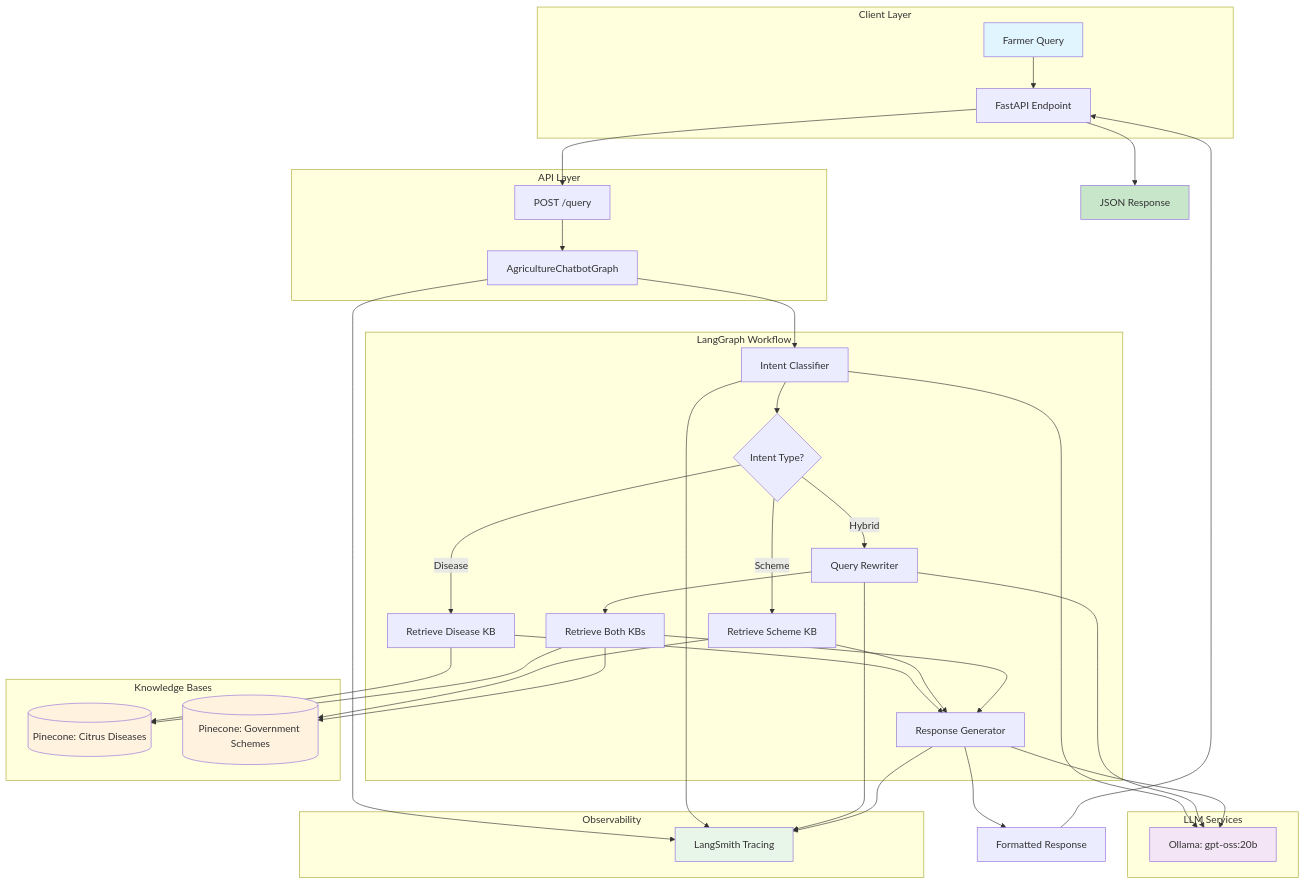
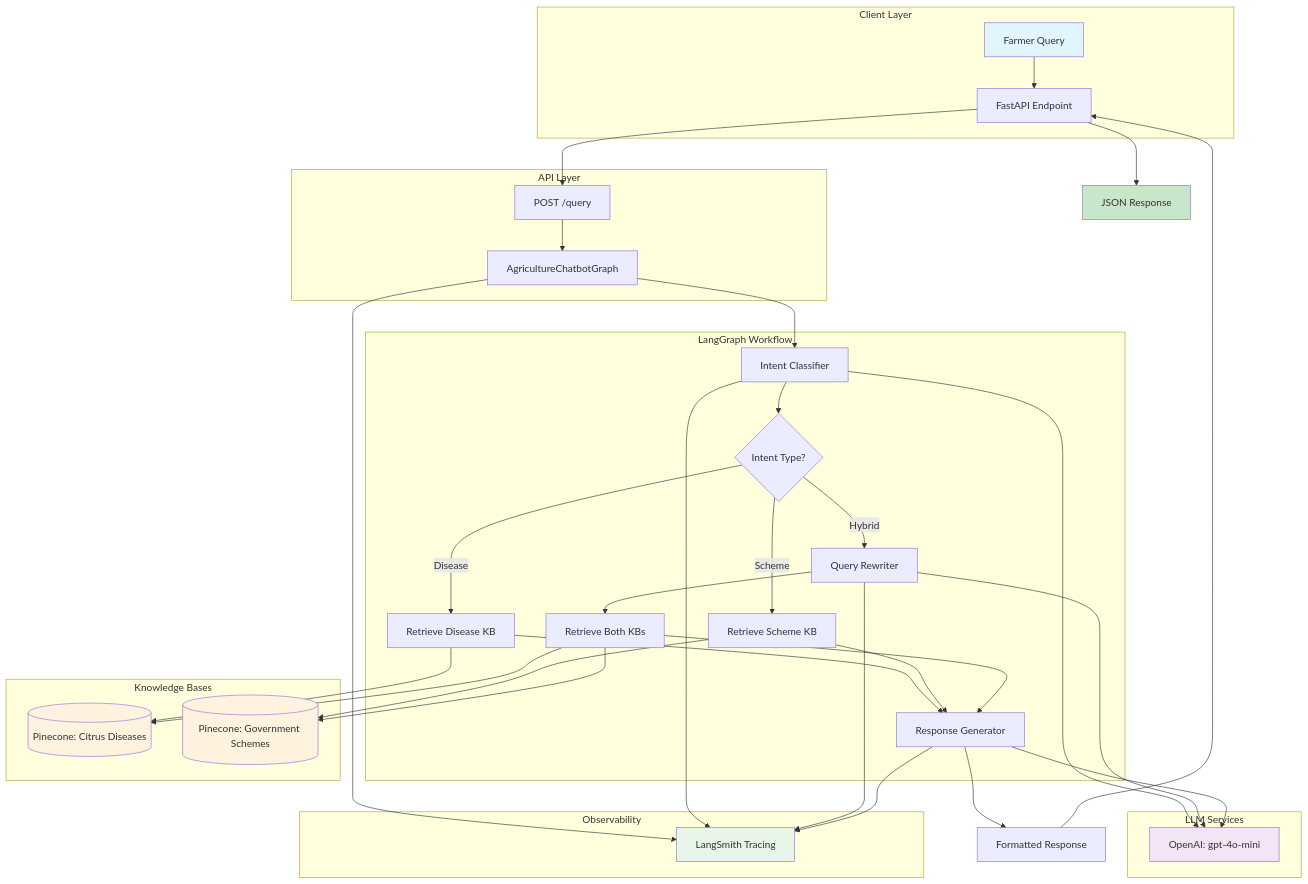
One commit to shivansh-2003/Agriculture-Chatbot changed the first of 5 diagrams in README.md. Above: the diagram before and after it, drawn with Mermaid. The commit also changed other lines of this file and 9 other files, not shown here.

````diff
--- a/README.md
+++ b/README.md
@@ -54,54 +63,54 @@
 ```mermaid
 graph TB
     subgraph "Client Layer"
         A[Farmer Query] --> B[FastAPI Endpoint]
     end
     
     subgraph "API Layer"
         B --> C[POST /query]
         C --> D[AgricultureChatbotGraph]
     end
     
     subgraph "LangGraph Workflow"
         D --> E[Intent Classifier]
         E --> F{Intent Type?}
         F -->|Disease| G[Retrieve Disease KB]
         F -->|Scheme| H[Retrieve Scheme KB]
         F -->|Hybrid| I[Query Rewriter]
         I --> J[Retrieve Both KBs]
         G --> K[Response Generator]
         H --> K
         J --> K
     end
     
     subgraph "Knowledge Bases"
         G --> L[(Pinecone: Citrus Diseases)]
         H --> M[(Pinecone: Government Schemes)]
         J --> L
         J --> M
     end
     
     subgraph "LLM Services"
-        E --> N[Ollama: gpt-oss:20b]
+        E --> N[OpenAI: gpt-4o-mini]
         I --> N
         K --> N
     end
     
     subgraph "Observability"
         D --> O[LangSmith Tracing]
         E --> O
         I --> O
         K --> O
     end
     
     K --> P[Formatted Response]
     P --> B
     B --> Q[JSON Response]
     
     style A fill:#e1f5ff
     style Q fill:#c8e6c9
     style L fill:#fff3e0
     style M fill:#fff3e0
     style N fill:#f3e5f5
     style O fill:#e8f5e9
 ```
````
